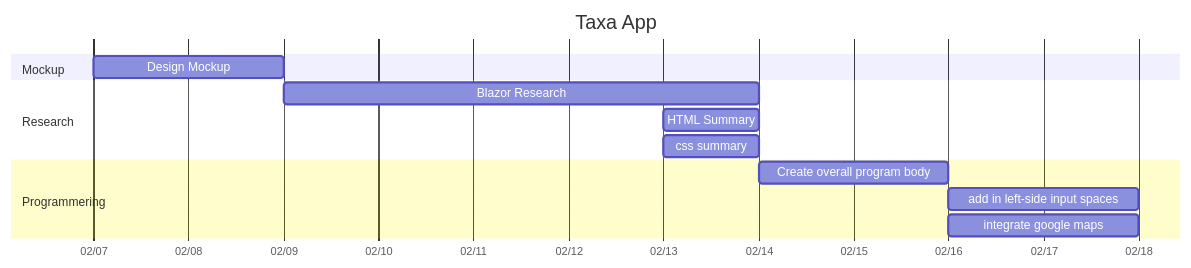
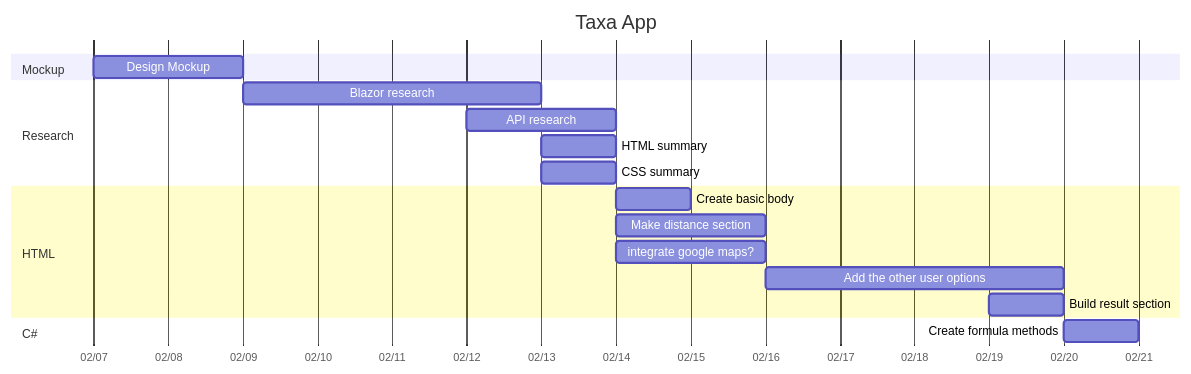
Before and after one commit to Dyerag/Taxa-app: the diagram in README.md, drawn with Mermaid.

````diff
--- a/README.md
+++ b/README.md
@@ -3,34 +3,47 @@
 ```mermaid
 
 gantt
 
     title Taxa App
 
     dateFormat DD-MM-YY
 
     axisFormat %m/%d
 
 
     section Mockup
 
     Design Mockup : 07-02-24, 2d
 
 
     section Research
 
-    Blazor Research : 09-02-24, 5d
+    Blazor research : 09-02-24, 4d
 
-    HTML Summary: 13-02-24, 1d
+    API research : 12-02-24, 2d
 
-    css summary: 13-02-24, 1d
+    HTML summary: 13-02-24, 1d
+
+    CSS summary: 13-02-24, 1d
 
 
-    section Programmering
+    section HTML
 
-    Create overall program body : 14-02-24, 2d
+    Create basic body : 14-02-24, 1d
 
-add in left-side input spaces : 16-02-24, 2d
+    Make distance section : 14-02-24, 2d
 
-    integrate google maps  : 16-02-24, 2d
+    integrate google maps? : 14-02-24, 2d 
 
+    Add the other user options : 16-02-24, 4d
+
+    Build result section : 19-02-24, 1d
+
+
+    section C#
+
+    Create formula methods : 20-02-24, 1d
+
+    
+    
 ```
````
